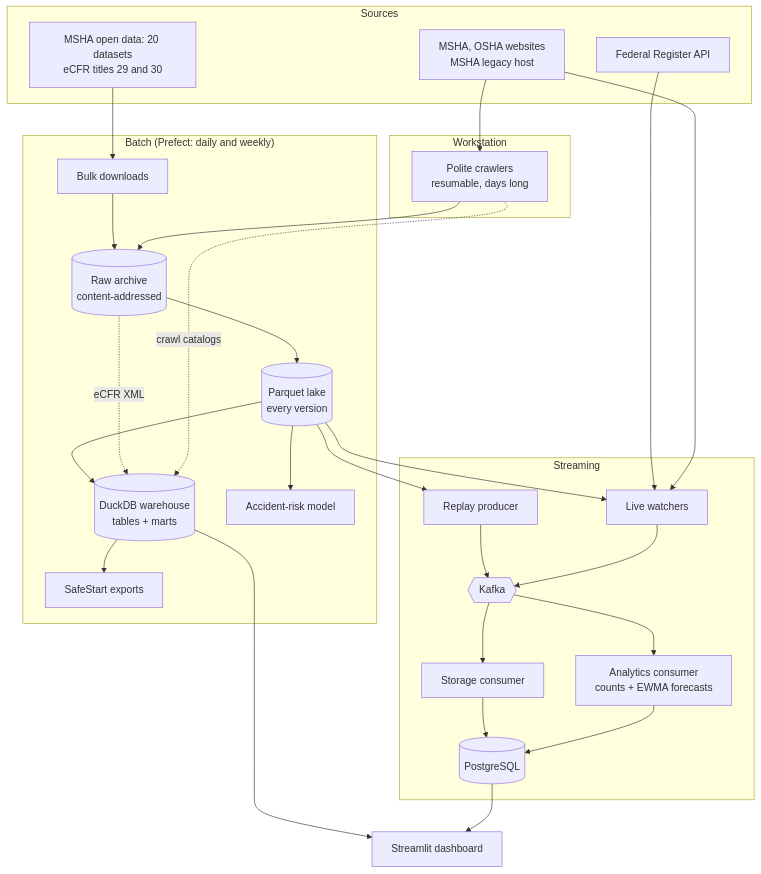
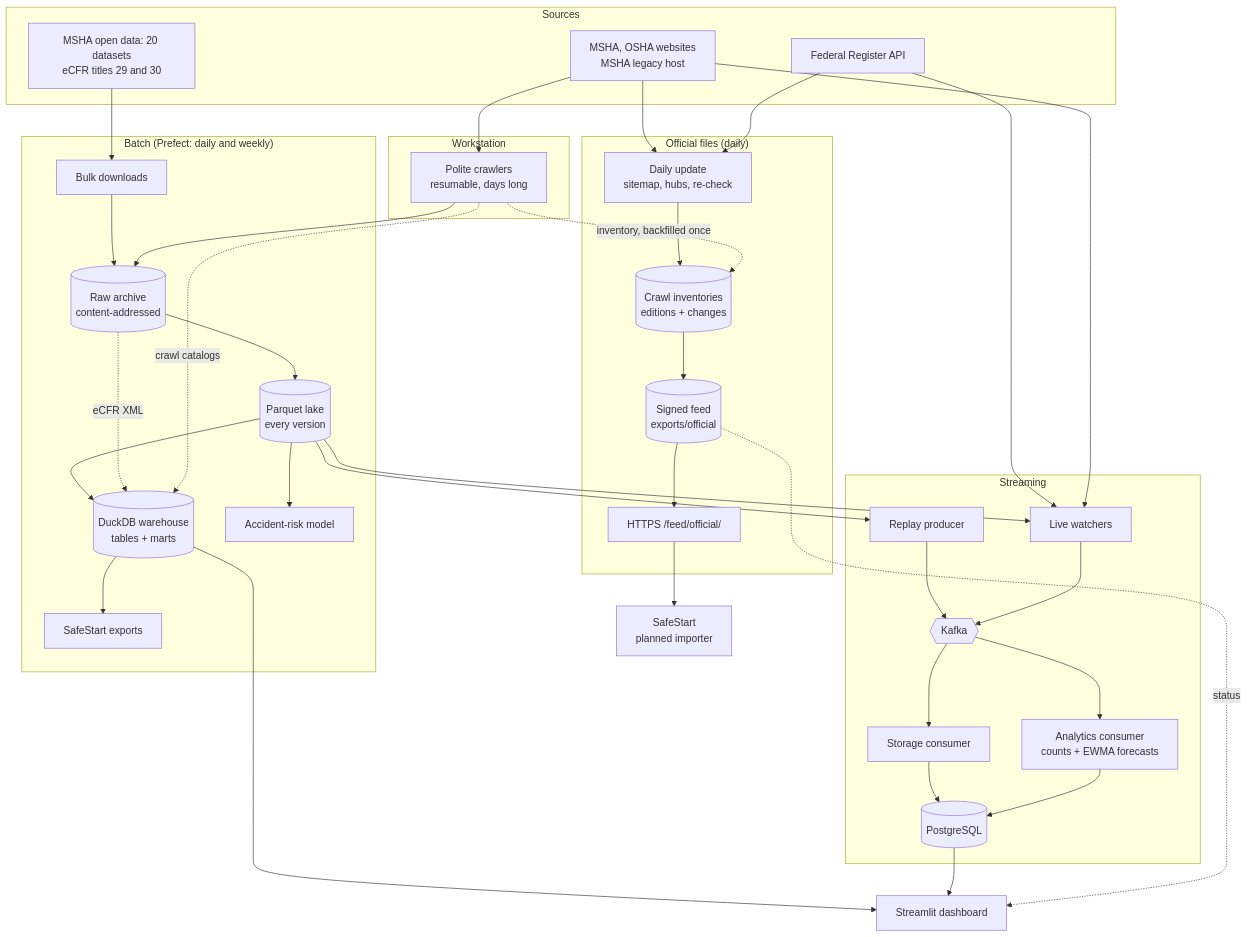
The first of 4 diagrams in README.md (USERZEROA/safestart-data-pipeline), drawn with Mermaid before and after one commit. The commit also changed other lines of this file, not shown here.

Commit message:
Describe the daily update of the official files and its feed in the README

````diff
--- a/README.md
+++ b/README.md
@@ -79,35 +80,46 @@
 ```mermaid
 flowchart TB
     subgraph Sources
         WEB[MSHA, OSHA websites<br/>MSHA legacy host]
         BULK[MSHA open data: 20 datasets<br/>eCFR titles 29 and 30]
         FR[Federal Register API]
     end
     subgraph Workstation
         CRAWL[Polite crawlers<br/>resumable, days long]
     end
     subgraph Batch["Batch (Prefect: daily and weekly)"]
         ACQ[Bulk downloads] --> RAW[(Raw archive<br/>content-addressed)]
         RAW --> LAKE[(Parquet lake<br/>every version)]
         LAKE --> WH[(DuckDB warehouse<br/>tables + marts)]
         RAW -. eCFR XML .-> WH
         LAKE --> ML[Accident-risk model]
         WH --> EXP[SafeStart exports]
     end
     CRAWL --> RAW
     CRAWL -. crawl catalogs .-> WH
     subgraph Streaming
         REPLAY[Replay producer] --> K{{Kafka}}
         WATCH[Live watchers] --> K
         K --> STORE[Storage consumer] --> PG[(PostgreSQL)]
         K --> AN[Analytics consumer<br/>counts + EWMA forecasts] --> PG
     end
+    subgraph Official["Official files (daily)"]
+        DAILY[Daily update<br/>sitemap, hubs, re-check]
+        DAILY --> INV[(Crawl inventories<br/>editions + changes)]
+        INV --> FEED[(Signed feed<br/>exports/official)]
+        FEED --> GW["HTTPS /feed/official/"]
+    end
     WEB --> CRAWL
     BULK --> ACQ
     FR --> WATCH
     WEB --> WATCH
+    WEB --> DAILY
+    FR --> DAILY
+    CRAWL -. inventory, backfilled once .-> INV
     LAKE --> REPLAY
     LAKE --> WATCH
     WH --> DASH[Streamlit dashboard]
     PG --> DASH
+    FEED -. status .-> DASH
+    GW --> SS[SafeStart<br/>planned importer]
 ```
````
